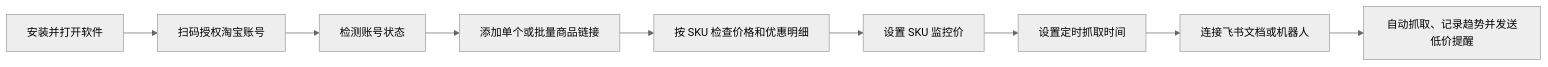
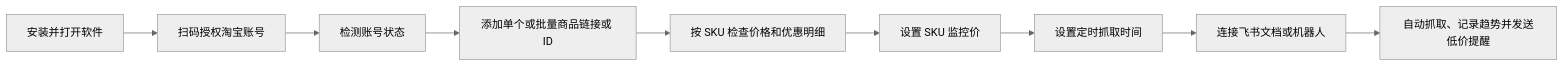
The diagram in docs/USER_GUIDE.md (PMZPZM0/ecom-competitor-monitor), drawn with Mermaid (neutral theme) before and after one commit. The commit also changed other lines of this file and 30 other files, not shown here.

````diff
--- a/docs/USER_GUIDE.md
+++ b/docs/USER_GUIDE.md
@@ -11,11 +11,11 @@
 ```mermaid
 flowchart LR
     A[安装并打开软件] --> B[扫码授权淘宝账号]
     B --> C[检测账号状态]
-    C --> D[添加单个或批量商品链接]
+    C --> D[添加单个或批量商品链接或 ID]
     D --> E[按 SKU 检查价格和优惠明细]
     E --> F[设置 SKU 监控价]
     F --> G[设置定时抓取时间]
     G --> H[连接飞书文档或机器人]
     H --> I[自动抓取、记录趋势并发送低价提醒]
 ```
````
